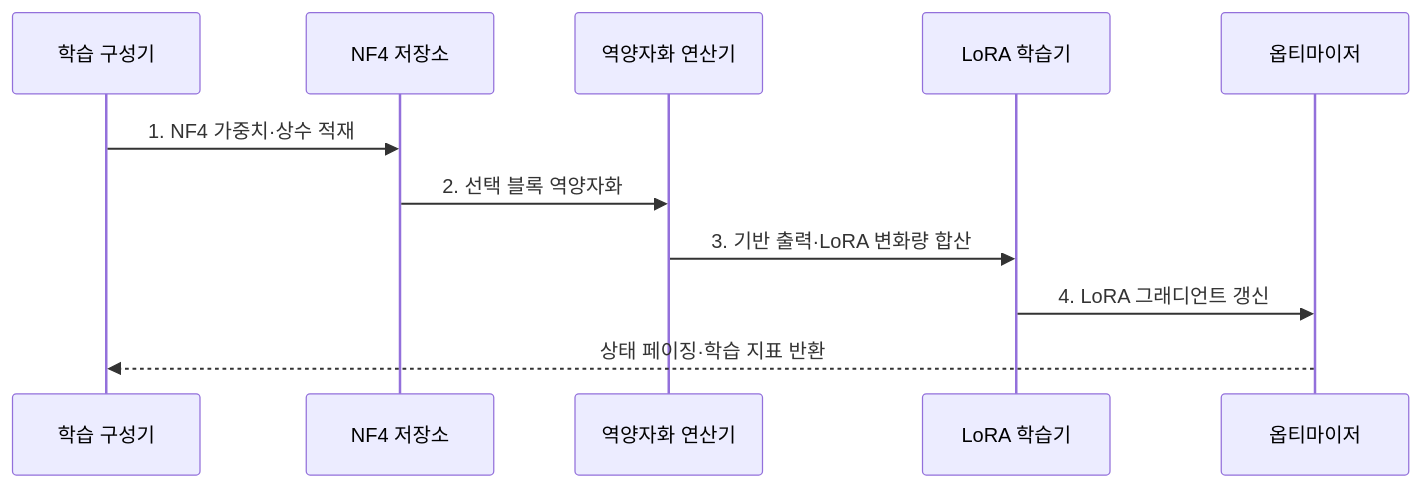
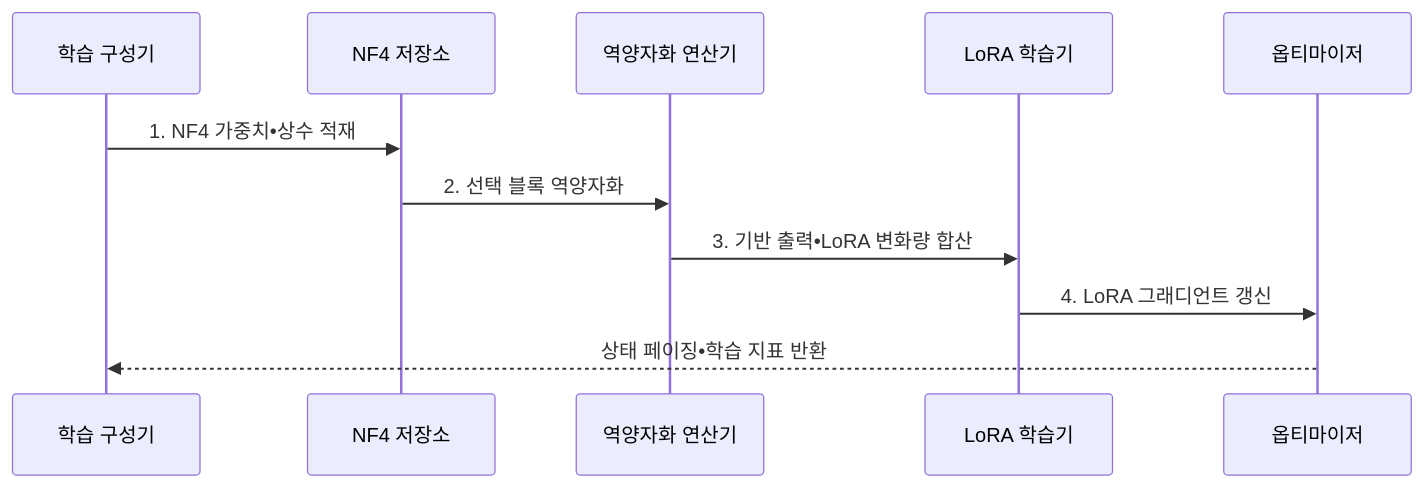
The second of 2 diagrams in src/content/docs/notes/08-latest-tech/063_quantized_lora.md (agnusdei1207/knowledge-base), drawn with Mermaid before and after one commit. The commit also changed other lines of this file and 953 other files, not shown here.

````diff
--- a/src/content/docs/notes/08-latest-tech/063_quantized_lora.md
+++ b/src/content/docs/notes/08-latest-tech/063_quantized_lora.md
@@ -108,13 +108,13 @@
 ```mermaid
 sequenceDiagram
     participant C as 학습 구성기
     participant Q as NF4 저장소
     participant D as 역양자화 연산기
     participant L as LoRA 학습기
     participant O as 옵티마이저
-    C->>Q: 1. NF4 가중치·상수 적재
+    C->>Q: 1. NF4 가중치•상수 적재
     Q->>D: 2. 선택 블록 역양자화
-    D->>L: 3. 기반 출력·LoRA 변화량 합산
+    D->>L: 3. 기반 출력•LoRA 변화량 합산
     L->>O: 4. LoRA 그래디언트 갱신
-    O-->>C: 상태 페이징·학습 지표 반환
+    O-->>C: 상태 페이징•학습 지표 반환
 ```
````
